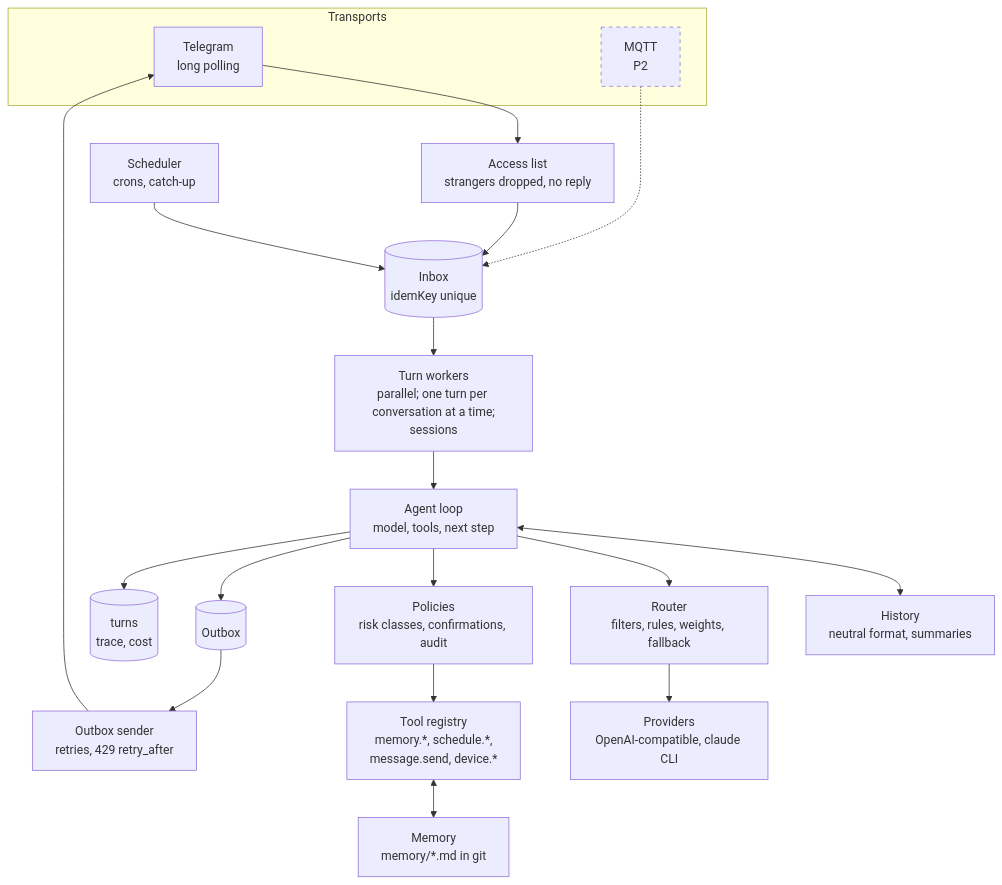
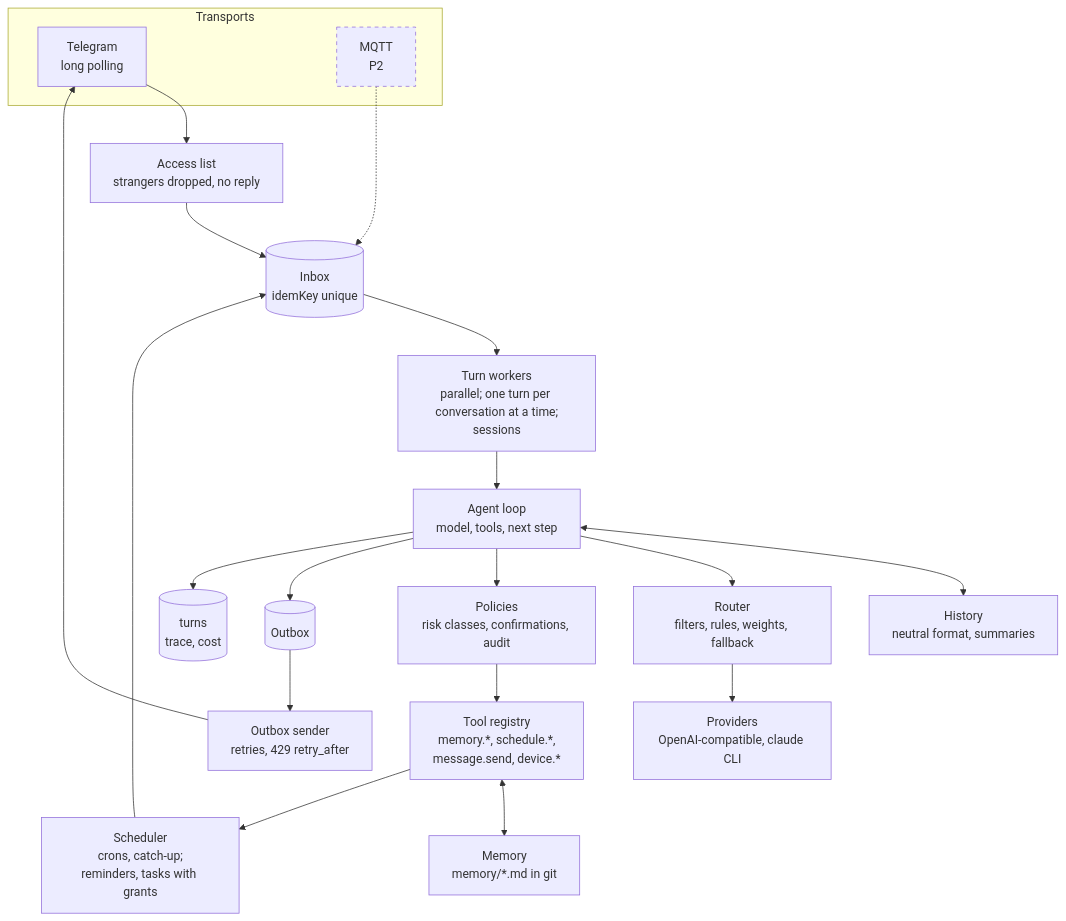
One commit to igorrius/ganglion changed the first of 3 diagrams in docs/architecture/03-components.md. Above: the diagram before and after it, drawn with Mermaid. The commit also changed other lines of this file and 33 other files, not shown here.

````diff
--- a/docs/architecture/03-components.md
+++ b/docs/architecture/03-components.md
@@ -8,42 +8,43 @@
 ```mermaid
 flowchart TB
     subgraph transports["Transports"]
         tgt["Telegram<br/>long polling"]
         mqt["MQTT<br/>P2"]
     end
 
     acl["Access list<br/>strangers dropped, no reply"]
     inbox[("Inbox<br/>idemKey unique")]
     actors["Turn workers<br/>parallel; one turn per conversation at a time;<br/>sessions"]
     loop["Agent loop<br/>model, tools, next step"]
     history["History<br/>neutral format, summaries"]
     router["Router<br/>filters, rules, weights, fallback"]
     providers["Providers<br/>OpenAI-compatible, claude CLI"]
     tools["Tool registry<br/>memory.*, schedule.*,<br/>message.send, device.*"]
     policies["Policies<br/>risk classes, confirmations, audit"]
     memory["Memory<br/>memory/*.md in git"]
-    sched["Scheduler<br/>crons, catch-up"]
+    sched["Scheduler<br/>crons, catch-up;<br/>reminders, tasks with grants"]
     outbox[("Outbox")]
     sender["Outbox sender<br/>retries, 429 retry_after"]
     turns[("turns<br/>trace, cost")]
 
     tgt --> acl
     acl --> inbox
     mqt -.-> inbox
     sched --> inbox
     inbox --> actors
     actors --> loop
     loop <--> history
     loop --> router
     router --> providers
     loop --> policies
     policies --> tools
     tools <--> memory
+    tools --> sched
     loop --> outbox
     loop --> turns
     outbox --> sender
     sender --> tgt
 
     classDef planned stroke-dasharray: 5 5
     class mqt planned
 ```
````
